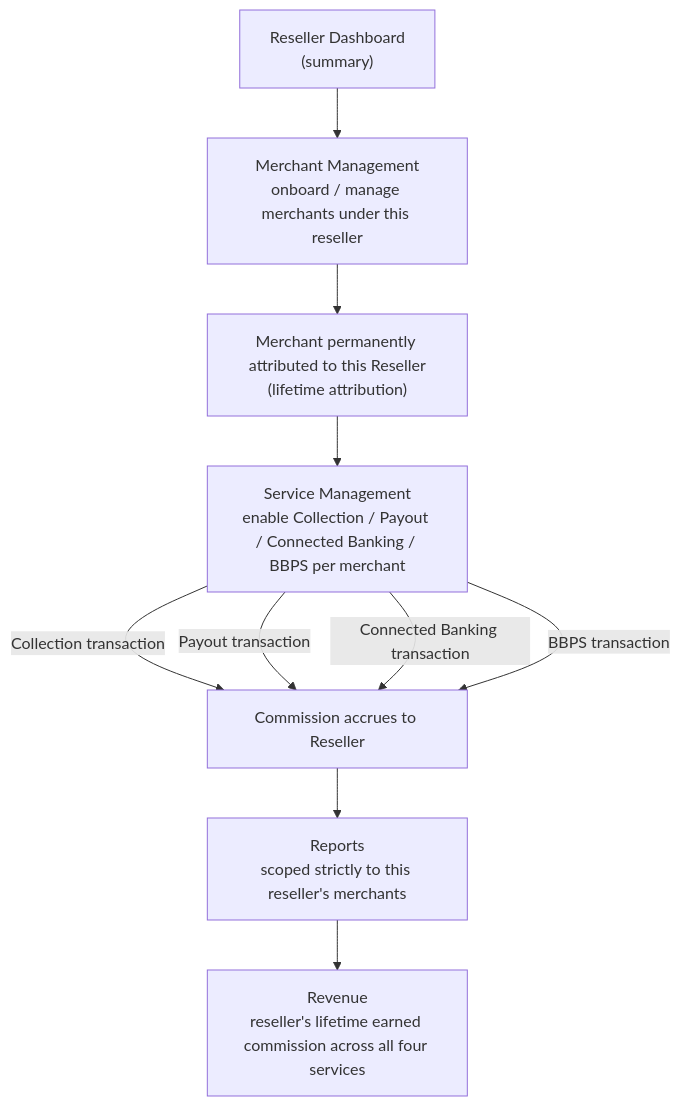
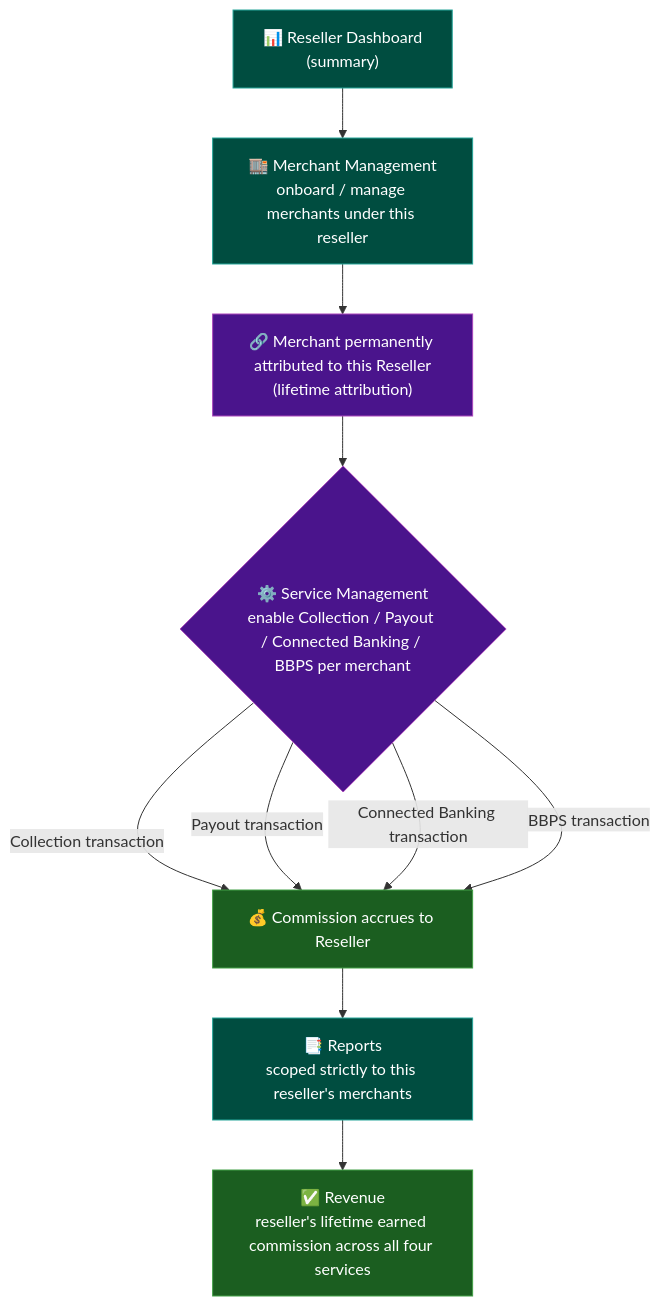
Before and after one commit to ghanendra-sdet/reseller-management-platform: the diagram in README.md, drawn with Mermaid. The commit also changed other lines of this file, not shown here.

Commit message:
docs: refresh root README with richer diagrams and clearer prose

````diff
--- a/README.md
+++ b/README.md
@@ -133,12 +134,20 @@
 ```mermaid
 flowchart TD
-    A["Reseller Dashboard<br/>(summary)"] --> B["Merchant Management<br/>onboard / manage merchants under this reseller"]
-    B --> C["Merchant permanently attributed to this Reseller<br/>(lifetime attribution)"]
-    C --> D["Service Management<br/>enable Collection / Payout / Connected Banking / BBPS per merchant"]
-    D -->|Collection transaction| E["Commission accrues to Reseller"]
+    A["📊 Reseller Dashboard<br/>(summary)"] --> B["🏬 Merchant Management<br/>onboard / manage merchants under this reseller"]
+    B --> C["🔗 Merchant permanently attributed to this Reseller<br/>(lifetime attribution)"]
+    C --> D{"⚙️ Service Management<br/>enable Collection / Payout / Connected Banking / BBPS per merchant"}
+    D -->|Collection transaction| E["💰 Commission accrues to Reseller"]
     D -->|Payout transaction| E
     D -->|Connected Banking transaction| E
     D -->|BBPS transaction| E
-    E --> F["Reports<br/>scoped strictly to this reseller's merchants"]
-    F --> G["Revenue<br/>reseller's lifetime earned commission across all four services"]
+    E --> F["📑 Reports<br/>scoped strictly to this reseller's merchants"]
+    F --> G["✅ Revenue<br/>reseller's lifetime earned commission across all four services"]
+
+    classDef service fill:#004d40,color:#fff,stroke:#26a69a,stroke-width:1px
+    classDef gate fill:#4a148c,color:#fff,stroke:#ab47bc,stroke-width:1px
+    classDef good fill:#1b5e20,color:#fff,stroke:#43a047,stroke-width:1px
+
+    class A,B,F service
+    class C,D gate
+    class E,G good
 ```
````
